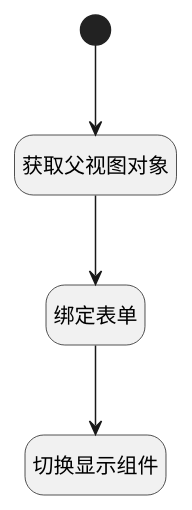
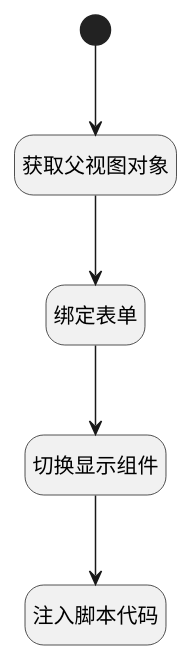
Before and after one commit to iBizLab/plm: the diagram in doc/docsify/module/TestMgmt/review_content/uilogic/back.md, drawn with PlantUML. The commit also changed other lines of this file and 818 other files, not shown here.

````diff
--- a/doc/docsify/module/TestMgmt/review_content/uilogic/back.md
+++ b/doc/docsify/module/TestMgmt/review_content/uilogic/back.md
@@ -7,23 +7,25 @@
 ```plantuml
 @startuml
 hide footbox
 <style>
 root {
   HyperlinkColor #42b983
 }
 </style>
 
 hide empty description
 state "开始" as Begin <<start>> [[$./back#begin {开始}]]
 state "绑定表单" as PREPAREJSPARAM2  [[$./back#preparejsparam2 {绑定表单}]]
 state "获取父视图对象" as PREPAREJSPARAM1  [[$./back#preparejsparam1 {获取父视图对象}]]
 state "切换显示组件" as RAWJSCODE1  [[$./back#rawjscode1 {切换显示组件}]]
+state "注入脚本代码" as RAWJSCODE2  [[$./back#rawjscode2 {注入脚本代码}]]
 
 
 Begin --> PREPAREJSPARAM1
 PREPAREJSPARAM1 --> PREPAREJSPARAM2
 PREPAREJSPARAM2 --> RAWJSCODE1
+RAWJSCODE1 --> RAWJSCODE2
 
 
 @enduml
 ```
````
